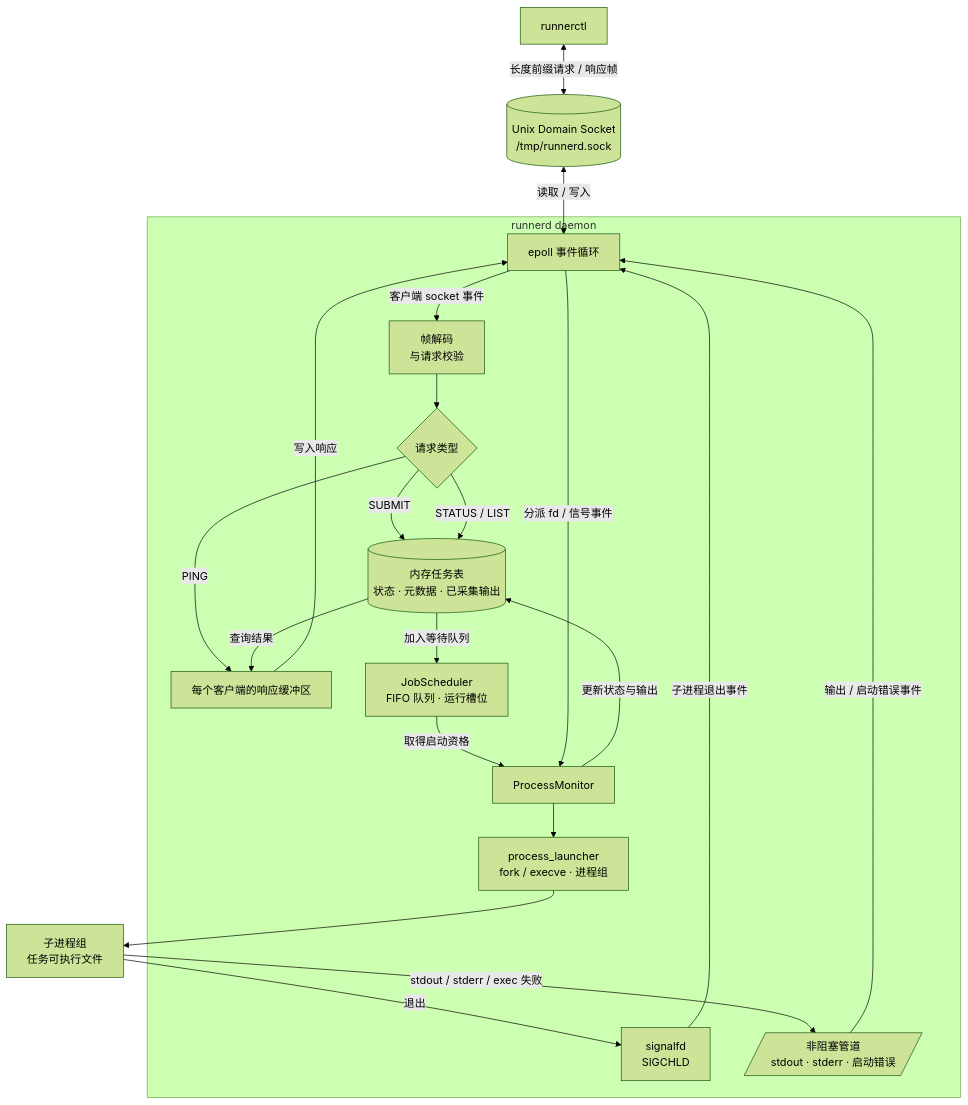
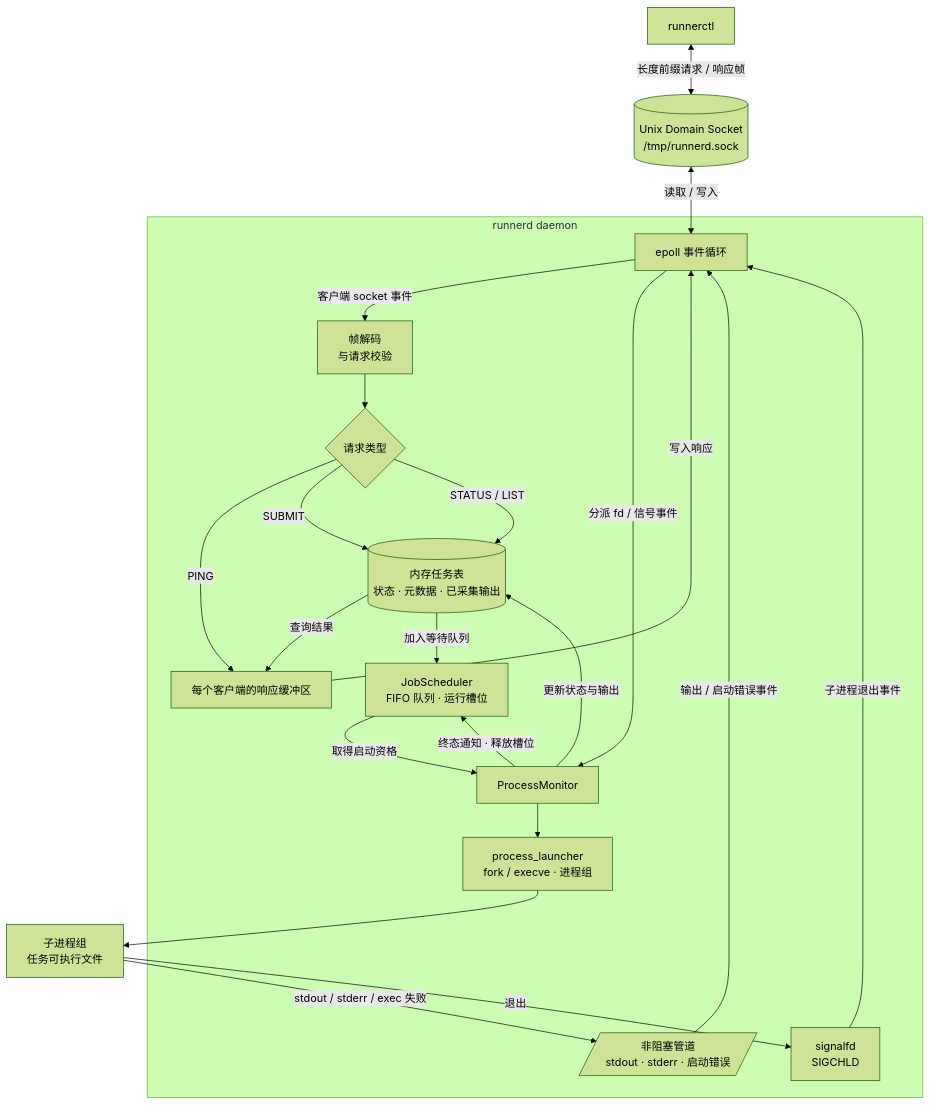
Before and after one commit to qxf-72/runnerd: the diagram in README.md, drawn with Mermaid (forest theme). The commit also changed other lines of this file and 3 other files, not shown here.

````diff
--- a/README.md
+++ b/README.md
@@ -109,38 +108,39 @@
 ```mermaid
 flowchart TB
     CLI["runnerctl"]
     Socket[("Unix Domain Socket<br/>/tmp/runnerd.sock")]
     CLI <-->|"长度前缀请求 / 响应帧"| Socket
 
     subgraph Daemon["runnerd daemon"]
         Loop["epoll 事件循环"]
         Decode["帧解码<br/>与请求校验"]
         Route{"请求类型"}
         Reply["每个客户端的响应缓冲区"]
         Jobs[("内存任务表<br/>状态 · 元数据 · 已采集输出")]
         Scheduler["JobScheduler<br/>FIFO 队列 · 运行槽位"]
         Monitor["ProcessMonitor"]
         Launcher["process_launcher<br/>fork / execve · 进程组"]
         Signal["signalfd<br/>SIGCHLD"]
         Pipes[/"非阻塞管道<br/>stdout · stderr · 启动错误"/]
 
         Loop -->|"客户端 socket 事件"| Decode --> Route
         Route -->|"PING"| Reply
         Route -->|"SUBMIT"| Jobs
         Route -->|"STATUS / LIST"| Jobs
         Jobs -->|"查询结果"| Reply
         Reply -->|"写入响应"| Loop
 
         Jobs -->|"加入等待队列"| Scheduler
         Scheduler -->|"取得启动资格"| Monitor --> Launcher
         Pipes -->|"输出 / 启动错误事件"| Loop
         Signal -->|"子进程退出事件"| Loop
         Loop -->|"分派 fd / 信号事件"| Monitor
         Monitor -->|"更新状态与输出"| Jobs
+        Monitor -->|"终态通知 · 释放槽位"| Scheduler
     end
 
     Socket <-->|"读取 / 写入"| Loop
     Launcher --> Child["子进程组<br/>任务可执行文件"]
     Child -->|"stdout / stderr / exec 失败"| Pipes
     Child -->|"退出"| Signal
 ```
````
